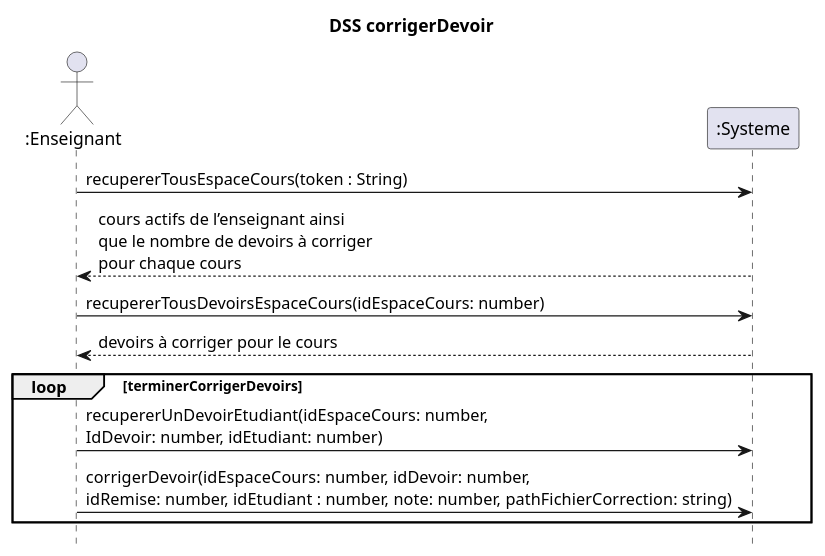
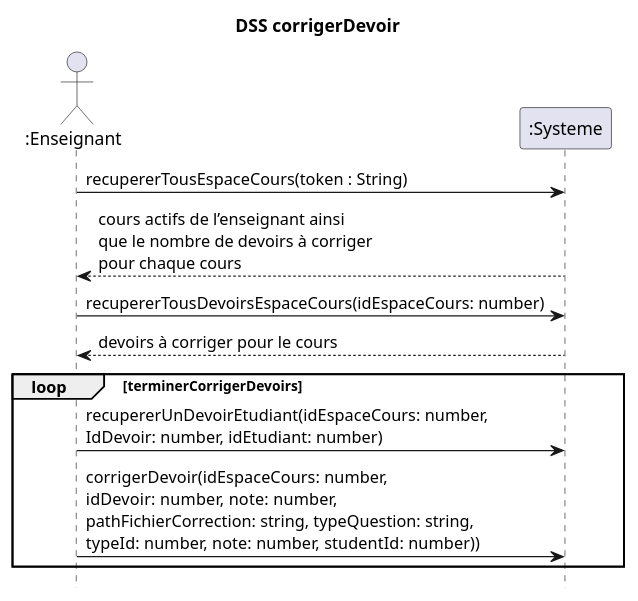
The first of 2 diagrams in docs/CorrigerDevoir/DSS_corrigerDevoir.puml (nerdz88/SGA-TS), drawn with PlantUML before and after one commit. The commit also changed other lines of this file and 10 other files, not shown here.

```diff
--- a/docs/CorrigerDevoir/DSS_corrigerDevoir.puml
+++ b/docs/CorrigerDevoir/DSS_corrigerDevoir.puml
@@ -1,15 +1,15 @@
 @startuml dss_corrigerDevoir
 title DSS corrigerDevoir
 hide footbox
 actor ":Enseignant" as enseignant
 participant ":Systeme" as systeme
 
 enseignant ->  systeme : recupererTousEspaceCours(token : String)
 enseignant <-- systeme : cours actifs de l’enseignant ainsi\nque le nombre de devoirs à corriger\npour chaque cours
 enseignant -> systeme : recupererTousDevoirsEspaceCours(idEspaceCours: number)
 systeme --> enseignant : devoirs à corriger pour le cours
 loop terminerCorrigerDevoirs
 enseignant -> systeme : recupererUnDevoirEtudiant(idEspaceCours: number,\nIdDevoir: number, idEtudiant: number)
-enseignant -> systeme : corrigerDevoir(idEspaceCours: number, idDevoir: number,\nidRemise: number, idEtudiant : number, note: number, pathFichierCorrection: string)
+enseignant -> systeme : corrigerDevoir(idEspaceCours: number,\nidDevoir: number, note: number,\npathFichierCorrection: string, typeQuestion: string,\ntypeId: number, note: number, studentId: number))
 end
 @enduml
```
